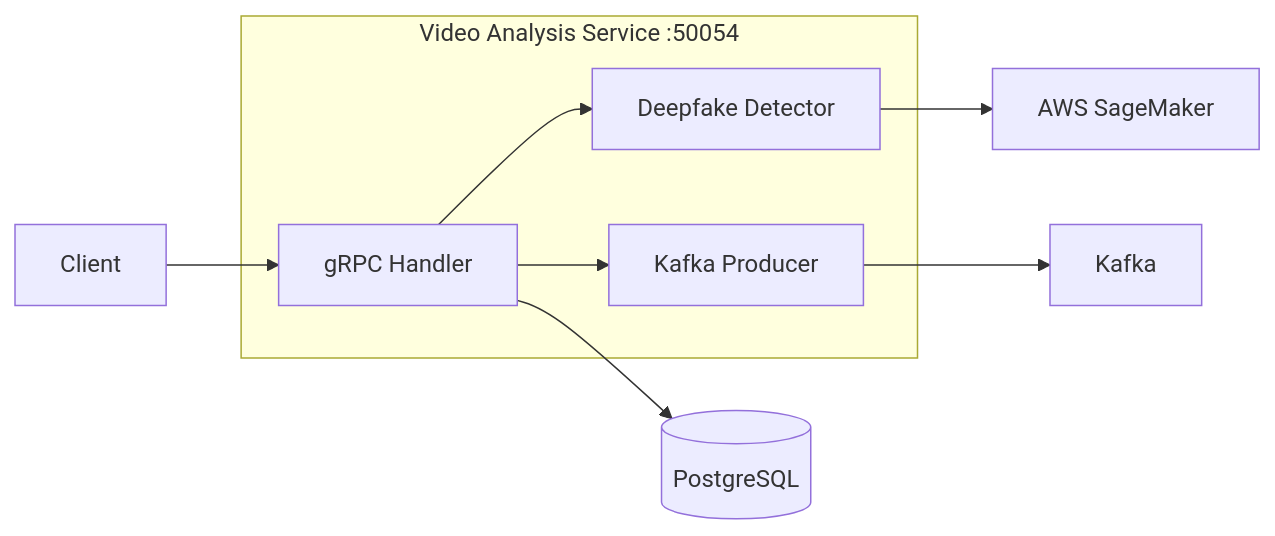
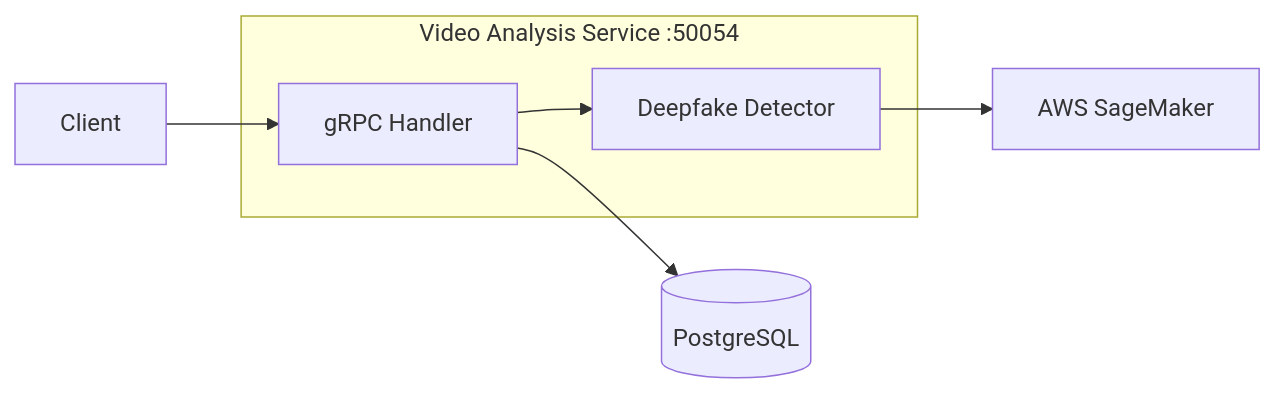
One commit to vanillaturtlechips/pawfiler4 changed the fourth of 9 diagrams in ARCHITECTURE.md. Above: the diagram before and after it, drawn with Mermaid. The commit also changed other lines of this file and 3 other files, not shown here.

````diff
--- a/ARCHITECTURE.md
+++ b/ARCHITECTURE.md
@@ -131,15 +116,12 @@
 ```mermaid
 graph LR
     subgraph "Video Analysis Service :50054"
         VH[gRPC Handler]
         VD[Deepfake Detector]
-        VK[Kafka Producer]
     end
     
     Client[Client] --> VH
     VH --> VD
     VD --> SM[AWS SageMaker]
-    VH --> VK
-    VK --> K[Kafka]
     VH --> DB[(PostgreSQL)]
 ```
````
